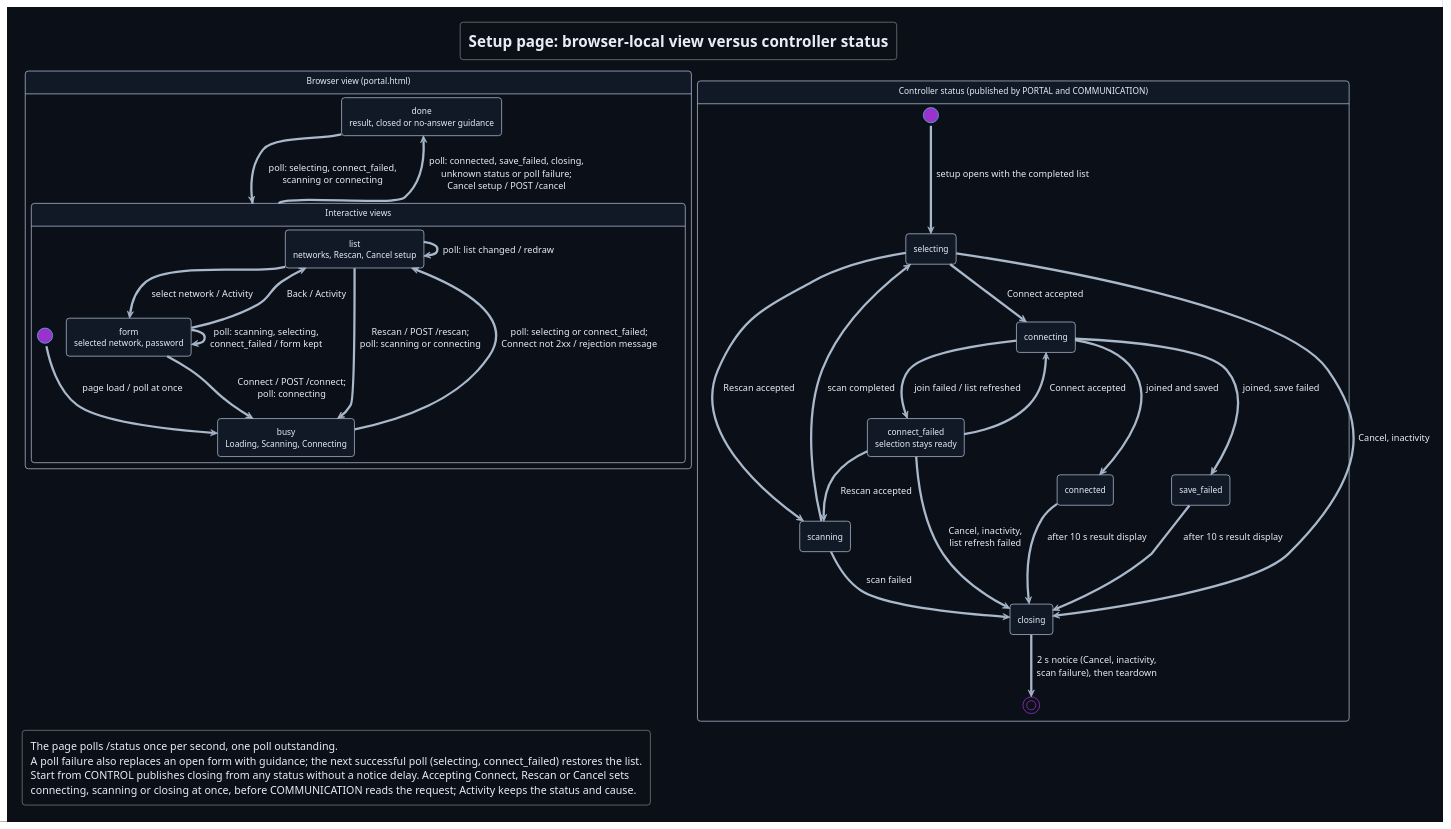
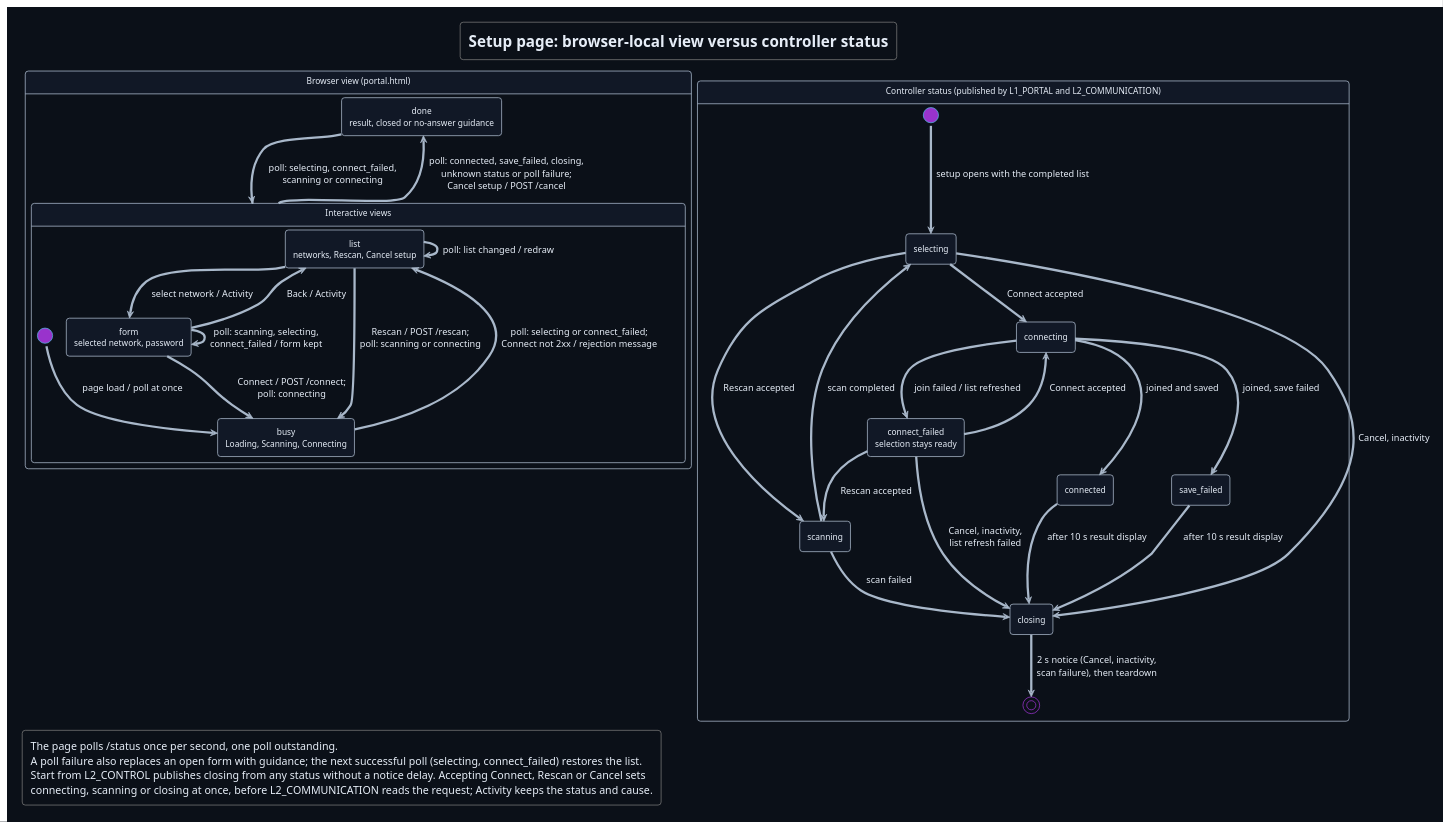
One commit to DemonicPsychoII/DigitalStethoscope changed the diagram in Development/system/design/PORTAL/page-state.puml. Above: the diagram before and after it, drawn with PlantUML. The commit also changed 181 other files, not shown here.

First line of the commit message:
documentation: state only what is in architecture, design and code documents

```diff
--- a/Development/system/design/PORTAL/page-state.puml
+++ b/Development/system/design/PORTAL/page-state.puml
@@ -1,68 +1,68 @@
 @startuml page_state
 !theme cyborg
 !pragma layout smetana
 skinparam shadowing false
 skinparam defaultFontName SansSerif
 skinparam backgroundColor #0b1018
 skinparam defaultFontColor #e6edf7
 skinparam ArrowColor #a9b8ca
 skinparam state {
  BackgroundColor #111826
  BorderColor #a9b8ca
 }
 title Setup page: browser-local view versus controller status
 hide empty description
 
 state "Browser view (portal.html)" as Browser {
  state "Interactive views" as Interactive {
   state "list\nnetworks, Rescan, Cancel setup" as List
   state "form\nselected network, password" as Form
   state "busy\nLoading, Scanning, Connecting" as Busy
   [*] --> Busy : page load / poll at once
   Busy --> List : poll: selecting or connect_failed;\nConnect not 2xx / rejection message
   List --> List : poll: list changed / redraw
   List --> Form : select network / Activity
   Form --> List : Back / Activity
   Form --> Form : poll: scanning, selecting,\nconnect_failed / form kept
   Form --> Busy : Connect / POST /connect;\npoll: connecting
   List --> Busy : Rescan / POST /rescan;\npoll: scanning or connecting
  }
  state "done\nresult, closed or no-answer guidance" as Done
  Interactive --> Done : poll: connected, save_failed, closing,\nunknown status or poll failure;\nCancel setup / POST /cancel
  Done --> Interactive : poll: selecting, connect_failed,\nscanning or connecting
 }
 
-state "Controller status (published by PORTAL and COMMUNICATION)" as Controller {
+state "Controller status (published by L1_PORTAL and L2_COMMUNICATION)" as Controller {
  state "selecting" as Selecting
  state "scanning" as Scanning
  state "connecting" as Connecting
  state "connect_failed\nselection stays ready" as ConnectFailed
  state "connected" as Connected
  state "save_failed" as SaveFailed
  state "closing" as Closing
  [*] --> Selecting : setup opens with the completed list
  Selecting --> Scanning : Rescan accepted
  ConnectFailed --> Scanning : Rescan accepted
  Scanning --> Selecting : scan completed
  Selecting --> Connecting : Connect accepted
  ConnectFailed --> Connecting : Connect accepted
  Connecting --> ConnectFailed : join failed / list refreshed
  Connecting --> Connected : joined and saved
  Connecting --> SaveFailed : joined, save failed
  Connected --> Closing : after 10 s result display
  SaveFailed --> Closing : after 10 s result display
  Selecting --> Closing : Cancel, inactivity
  ConnectFailed --> Closing : Cancel, inactivity,\nlist refresh failed
  Scanning --> Closing : scan failed
  Closing --> [*] : 2 s notice (Cancel, inactivity,\nscan failure), then teardown
 }
 
 Browser -[hidden]right-> Controller
 
 legend bottom left
  The page polls /status once per second, one poll outstanding.
  A poll failure also replaces an open form with guidance; the next successful poll (selecting, connect_failed) restores the list.
- Start from CONTROL publishes closing from any status without a notice delay. Accepting Connect, Rescan or Cancel sets
- connecting, scanning or closing at once, before COMMUNICATION reads the request; Activity keeps the status and cause.
+ Start from L2_CONTROL publishes closing from any status without a notice delay. Accepting Connect, Rescan or Cancel sets
+ connecting, scanning or closing at once, before L2_COMMUNICATION reads the request; Activity keeps the status and cause.
 endlegend
 @enduml
```
